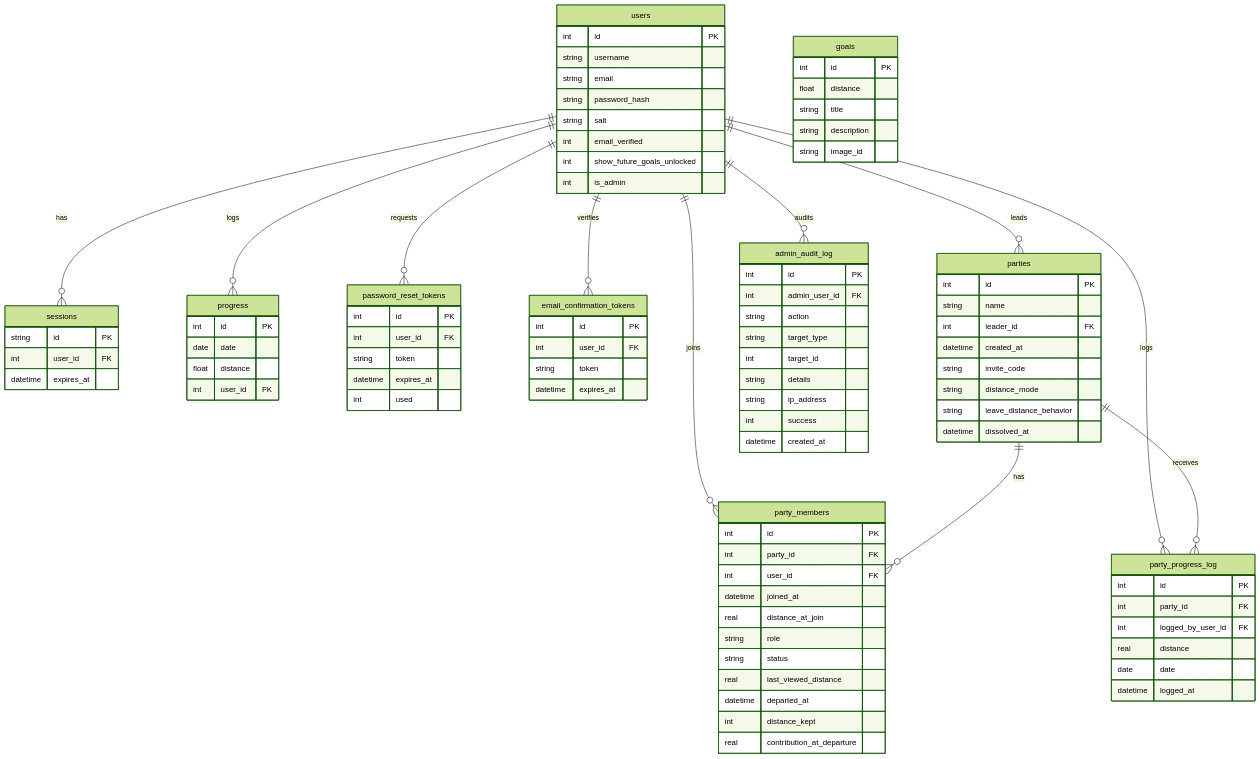
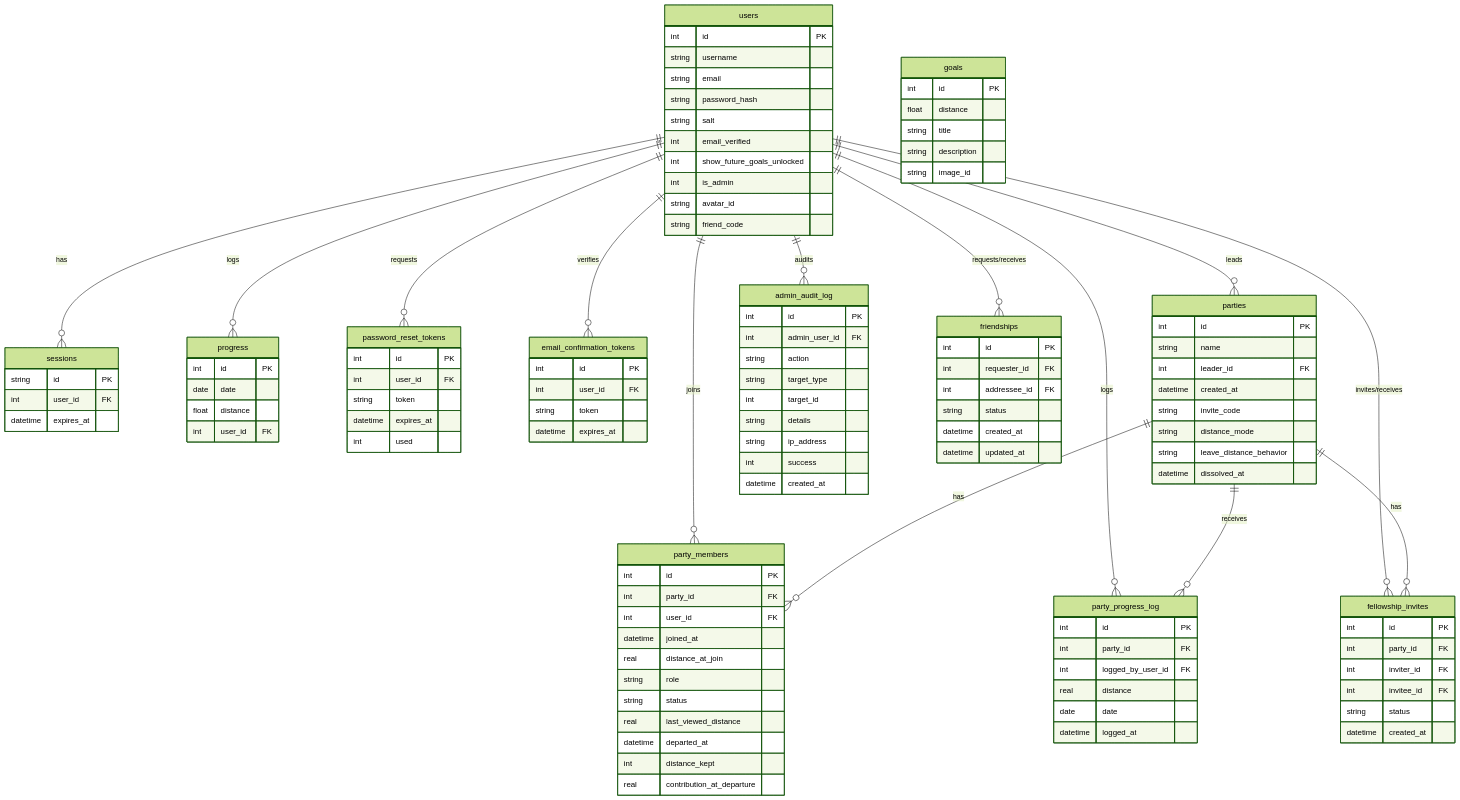
Before and after one commit to skittlz444/walk-to-mordor: the diagram in docs/data-models.md, drawn with Mermaid (forest theme). The commit also changed other lines of this file and 17 other files, not shown here.

````diff
--- a/docs/data-models.md
+++ b/docs/data-models.md
@@ -145,8 +181,11 @@
     users ||--o{ party_members : "joins"
     users ||--o{ party_progress_log : "logs"
     users ||--o{ admin_audit_log : "audits"
+    users ||--o{ friendships : "requests/receives"
+    users ||--o{ fellowship_invites : "invites/receives"
     parties ||--o{ party_members : "has"
     parties ||--o{ party_progress_log : "receives"
+    parties ||--o{ fellowship_invites : "has"
 
     users {
         int id PK
@@ -157,6 +196,8 @@
         int email_verified
         int show_future_goals_unlocked
         int is_admin
+        string avatar_id
+        string friend_code
     }
     
     sessions {
@@ -240,4 +281,22 @@
         int success
         datetime created_at
     }
+
+    friendships {
+        int id PK
+        int requester_id FK
+        int addressee_id FK
+        string status
+        datetime created_at
+        datetime updated_at
+    }
+
+    fellowship_invites {
+        int id PK
+        int party_id FK
+        int inviter_id FK
+        int invitee_id FK
+        string status
+        datetime created_at
+    }
 ```
````
